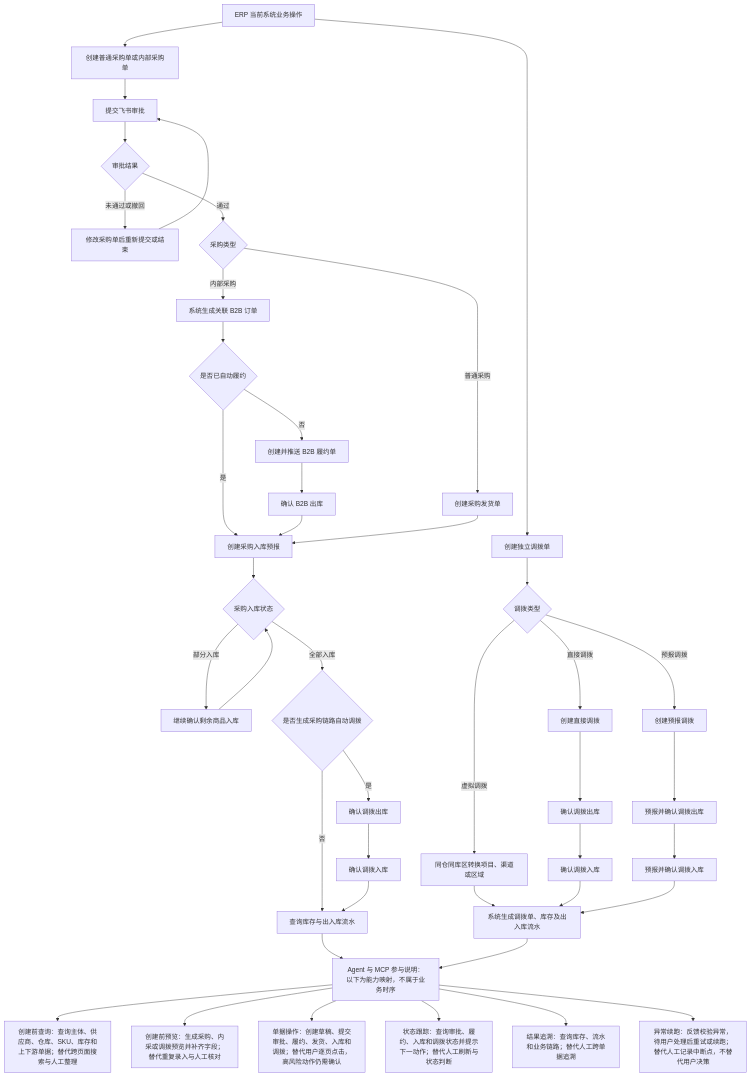
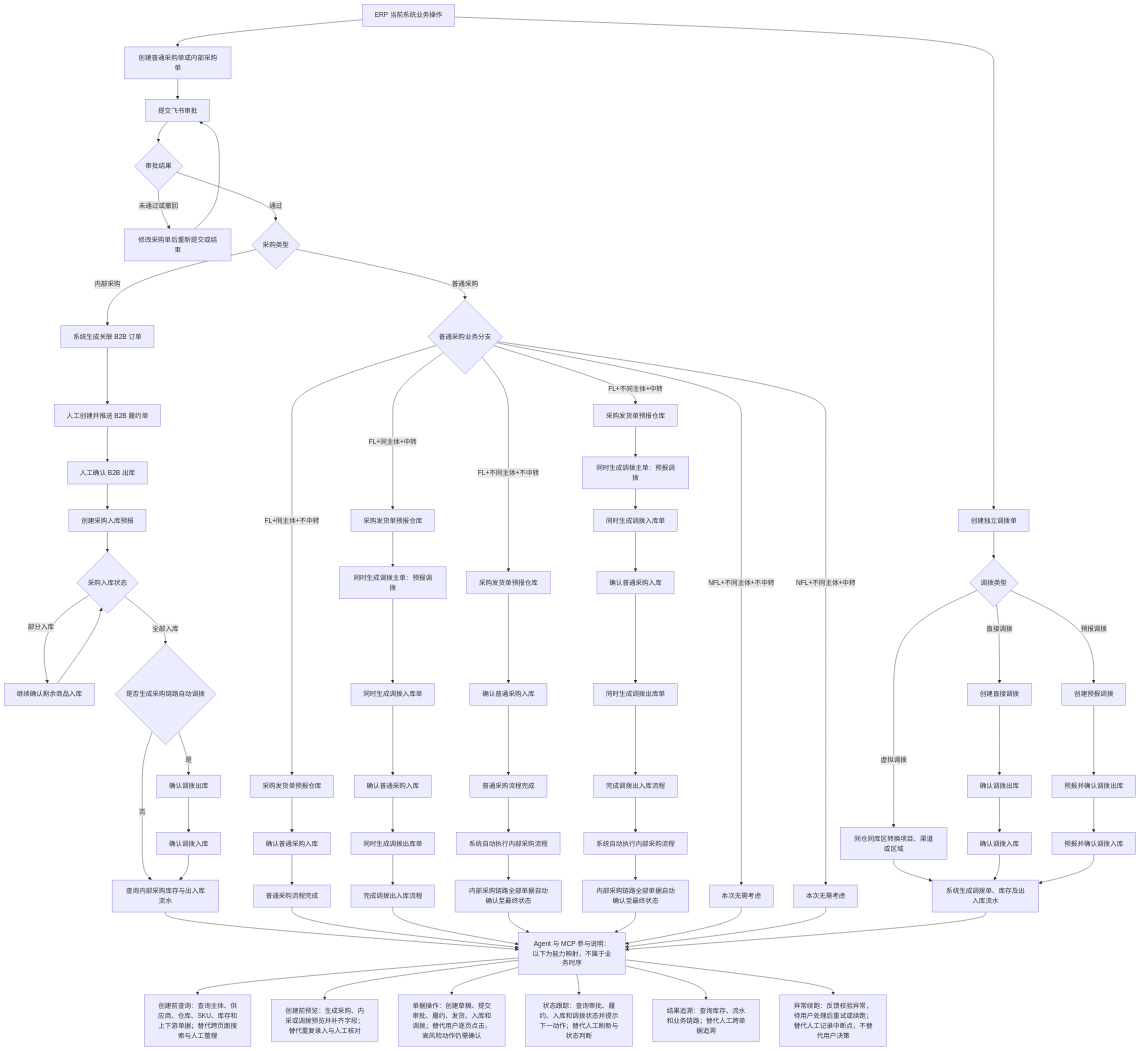
The diagram in docs/v0.28.7/tasks/0205/prd-feishu.md (arlo-hello/erp-ai-docs-arlo), drawn with Mermaid before and after one commit. The commit also changed other lines of this file, not shown here.

Commit message:
docs: ERP-205 update slice plan

````diff
--- a/docs/v0.28.7/tasks/0205/prd-feishu.md
+++ b/docs/v0.28.7/tasks/0205/prd-feishu.md
@@ -22,49 +22,81 @@
 ```mermaid
 flowchart TB
   R[ERP 当前系统业务操作]
 
   R --> P0[创建普通采购单或内部采购单]
   P0 --> P1[提交飞书审批]
   P1 --> P2{审批结果}
   P2 -->|未通过或撤回| P3[修改采购单后重新提交或结束]
   P3 --> P1
   P2 -->|通过| P4{采购类型}
-  P4 -->|普通采购| P5[创建采购发货单]
   P4 -->|内部采购| P6[系统生成关联 B2B 订单]
-  P6 --> P7{是否已自动履约}
-  P7 -->|否| P8[创建并推送 B2B 履约单]
-  P8 --> P9[确认 B2B 出库]
-  P7 -->|是| P10[创建采购入库预报]
-  P9 --> P10
-  P5 --> P10
+  P6 --> P8[人工创建并推送 B2B 履约单]
+  P8 --> P9[人工确认 B2B 出库]
+  P9 --> P10[创建采购入库预报]
   P10 --> P11{采购入库状态}
   P11 -->|部分入库| P12[继续确认剩余商品入库]
   P12 --> P11
   P11 -->|全部入库| P13{是否生成采购链路自动调拨}
   P13 -->|是| P14[确认调拨出库]
   P14 --> P15[确认调拨入库]
-  P13 -->|否| P16[查询库存与出入库流水]
+  P13 -->|否| P16[查询内部采购库存与出入库流水]
   P15 --> P16
+
+  P4 -->|普通采购| O0{普通采购业务分支}
+  O0 -->|FL+同主体+不中转| O1[采购发货单预报仓库]
+  O1 --> O2[确认普通采购入库]
+  O2 --> O3[普通采购流程完成]
+
+  O0 -->|FL+同主体+中转| O4[采购发货单预报仓库]
+  O4 --> O5[同时生成调拨主单：预报调拨]
+  O5 --> O6[同时生成调拨入库单]
+  O6 --> O7[确认普通采购入库]
+  O7 --> O8[同时生成调拨出库单]
+  O8 --> O9[完成调拨出入库流程]
+
+  O0 -->|FL+不同主体+不中转| O10[采购发货单预报仓库]
+  O10 --> O11[确认普通采购入库]
+  O11 --> O12[普通采购流程完成]
+  O12 --> O13[系统自动执行内部采购流程]
+  O13 --> O14[内部采购链路全部单据自动确认至最终状态]
+
+  O0 -->|FL+不同主体+中转| O15[采购发货单预报仓库]
+  O15 --> O16[同时生成调拨主单：预报调拨]
+  O16 --> O17[同时生成调拨入库单]
+  O17 --> O18[确认普通采购入库]
+  O18 --> O19[同时生成调拨出库单]
+  O19 --> O20[完成调拨出入库流程]
+  O20 --> O21[系统自动执行内部采购流程]
+  O21 --> O22[内部采购链路全部单据自动确认至最终状态]
+
+  O0 -->|NFL+不同主体+不中转| O23[本次无需考虑]
+  O0 -->|NFL+不同主体+中转| O24[本次无需考虑]
 
   R --> T0[创建独立调拨单]
   T0 --> T1{调拨类型}
   T1 -->|虚拟调拨| T2[同仓同库区转换项目、渠道或区域]
   T1 -->|直接调拨| T3[创建直接调拨]
   T3 --> T4[确认调拨出库]
   T4 --> T5[确认调拨入库]
   T1 -->|预报调拨| T6[创建预报调拨]
   T6 --> T7[预报并确认调拨出库]
   T7 --> T8[预报并确认调拨入库]
   T2 --> T9[系统生成调拨单、库存及出入库流水]
   T5 --> T9
   T8 --> T9
 
   P16 --> A0[Agent 与 MCP 参与说明：以下为能力映射，不属于业务时序]
+  O3 --> A0
+  O9 --> A0
+  O14 --> A0
+  O22 --> A0
+  O23 --> A0
+  O24 --> A0
   T9 --> A0
   A0 --> A1[创建前查询：查询主体、供应商、仓库、SKU、库存和上下游单据；替代跨页面搜索与人工整理]
   A0 --> A2[创建前预览：生成采购、内采或调拨预览并补齐字段；替代重复录入与人工核对]
   A0 --> A3[单据操作：创建草稿、提交审批、履约、发货、入库和调拨；替代用户逐页点击，高风险动作仍需确认]
   A0 --> A4[状态跟踪：查询审批、履约、入库和调拨状态并提示下一动作；替代人工刷新与状态判断]
   A0 --> A5[结果追溯：查询库存、流水和业务链路；替代人工跨单据追溯]
   A0 --> A6[异常续跑：反馈校验异常，待用户处理后重试或续跑；替代人工记录中断点，不替代用户决策]
 ```
````
